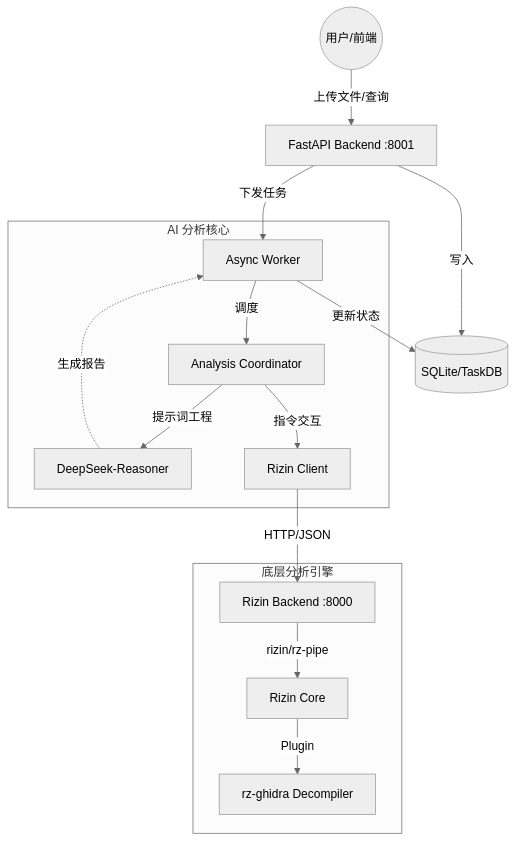
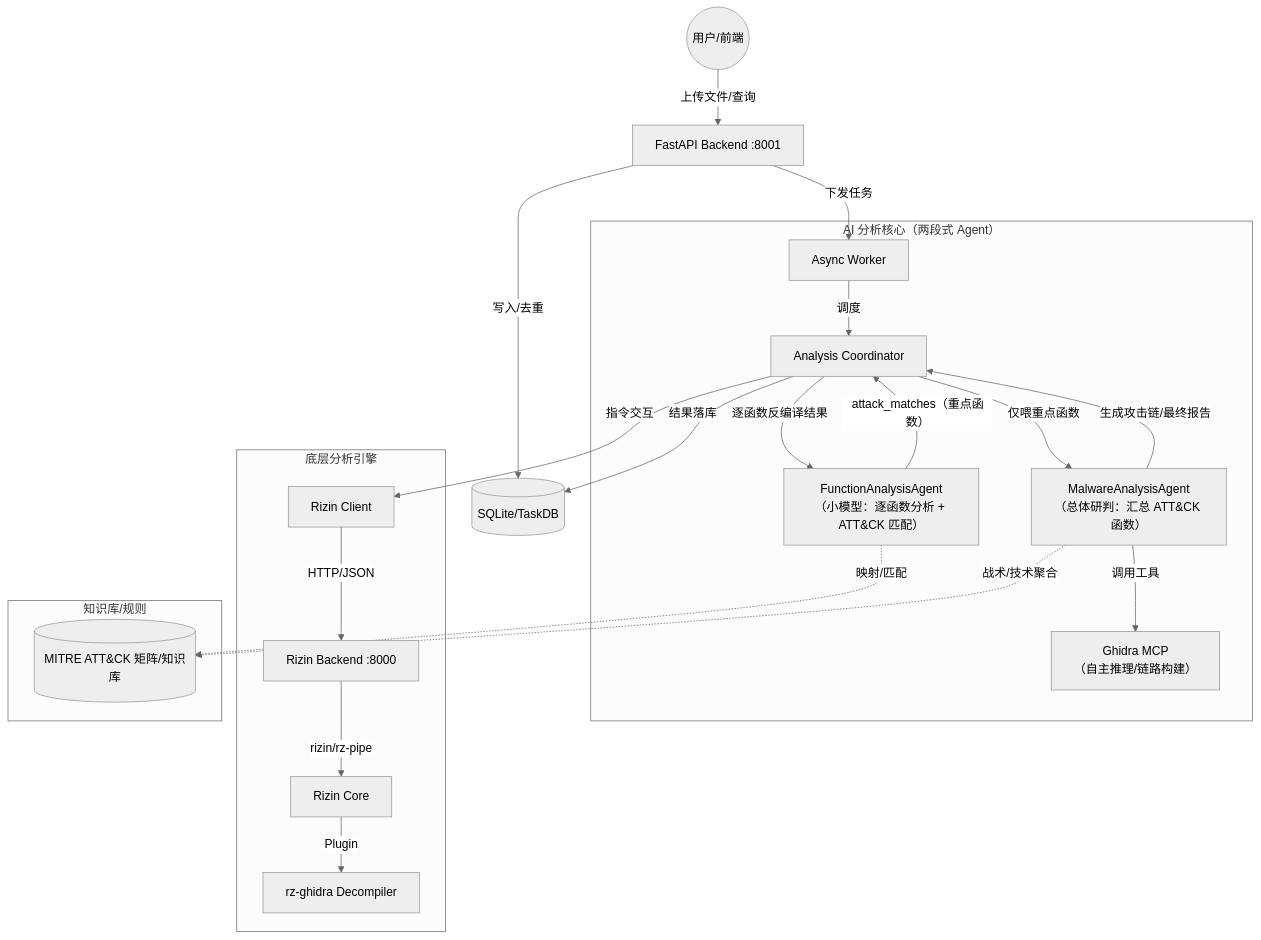
Before and after one commit to MICHAEL-888/Phantom_TrojanWalker: the diagram in README.md, drawn with Mermaid (neutral theme). The commit also changed 1 other file, not shown here.

Commit message:
更新 README.md，调整系统架构图，细化 AI 分析核心与底层分析引擎的交互关系，增加知识库部分以增强文档清晰度

````diff
--- a/README.md
+++ b/README.md
@@ -14,21 +14,33 @@
 ```mermaid
 graph TD
-    User((用户/前端)) -->|上传文件/查询| API[FastAPI Backend :8001]
-    API -->|写入| DB[(SQLite/TaskDB)]
-    API -->|下发任务| Worker[Async Worker]
-    
-    subgraph AI_Core [AI 分析核心]
-        Worker -->|调度| Coord[Analysis Coordinator]
-        Coord -->|提示词工程| LLM[DeepSeek-Reasoner]
-        Coord -->|指令交互| RzClient[Rizin Client]
-    end
+  User((用户/前端)) -->|上传文件/查询| API[FastAPI Backend :8001]
+  API -->|写入/去重| DB[(SQLite/TaskDB)]
+  API -->|下发任务| Worker[Async Worker]
 
-    subgraph Binary_Engine [底层分析引擎]
-        RzClient -->|HTTP/JSON| RzAPI[Rizin Backend :8000]
-        RzAPI -->|rizin/rz-pipe| RzPipe[Rizin Core]
-        RzPipe -->|Plugin| Ghidra[rz-ghidra Decompiler]
-    end
+  subgraph AI_Core [AI 分析核心（两段式 Agent）]
+    Worker -->|调度| Coord[Analysis Coordinator]
 
-    LLM -.->|生成报告| Worker
-    Worker -->|更新状态| DB
+    Coord -->|逐函数反编译结果| FAA[FunctionAnalysisAgent\n（小模型：逐函数分析 + ATT&CK 匹配）]
+    FAA -->|attack_matches（重点函数）| Coord
+
+    Coord -->|仅喂重点函数| MAA[MalwareAnalysisAgent\n（总体研判：汇总 ATT&CK 函数）]
+    MAA -->|调用工具| GhidraMCP[Ghidra MCP\n（自主推理/链路构建）]
+    MAA -->|生成攻击链/最终报告| Coord
+  end
+
+  subgraph Binary_Engine [底层分析引擎]
+    Coord -->|指令交互| RzClient[Rizin Client]
+    RzClient -->|HTTP/JSON| RzAPI[Rizin Backend :8000]
+    RzAPI -->|rizin/rz-pipe| RzPipe[Rizin Core]
+    RzPipe -->|Plugin| Ghidra[rz-ghidra Decompiler]
+  end
+
+  subgraph Knowledge [知识库/规则]
+    ATTACK[(MITRE ATT&CK 矩阵/知识库)]
+  end
+
+  FAA -.->|映射/匹配| ATTACK
+  MAA -.->|战术/技术聚合| ATTACK
+
+  Coord -->|结果落库| DB
 ```
````
